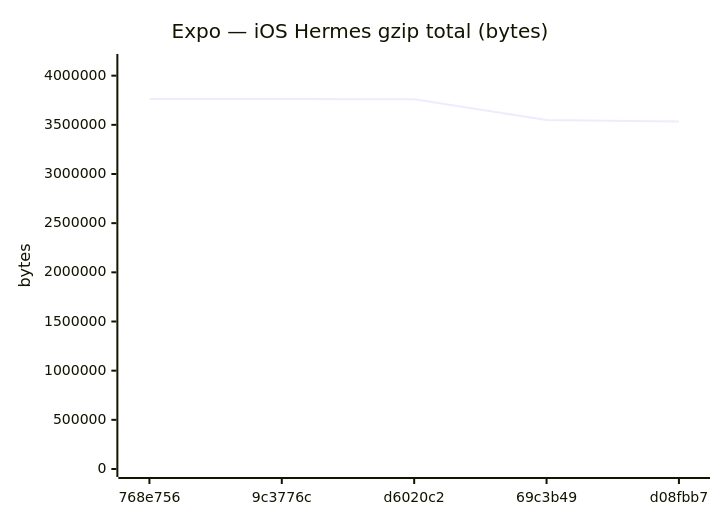
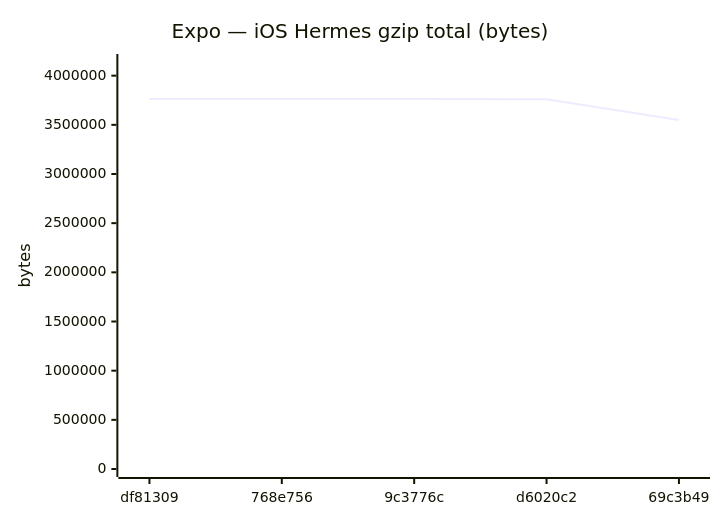
Before and after one commit to Metaheurist/Rianell: diagram 12 of 18 in benchmarks/compare.md, drawn with Mermaid. The commit also changed other lines of this file and 11 other files, not shown here.

````diff
--- a/benchmarks/compare.md
+++ b/benchmarks/compare.md
@@ -179,7 +179,7 @@
 ```mermaid
 xychart-beta
     title "Expo — iOS Hermes gzip total (bytes)"
-    x-axis ["768e756", "9c3776c", "d6020c2", "69c3b49", "d08fbb7"]
-    y-axis "bytes" 0 --> 4139007
-    line [3762498, 3762733, 3759872, 3548602, 3534279]
+    x-axis ["df81309", "768e756", "9c3776c", "d6020c2", "69c3b49"]
+    y-axis "bytes" 0 --> 4139010
+    line [3762736, 3762498, 3762733, 3759872, 3548602]
 ```
````
